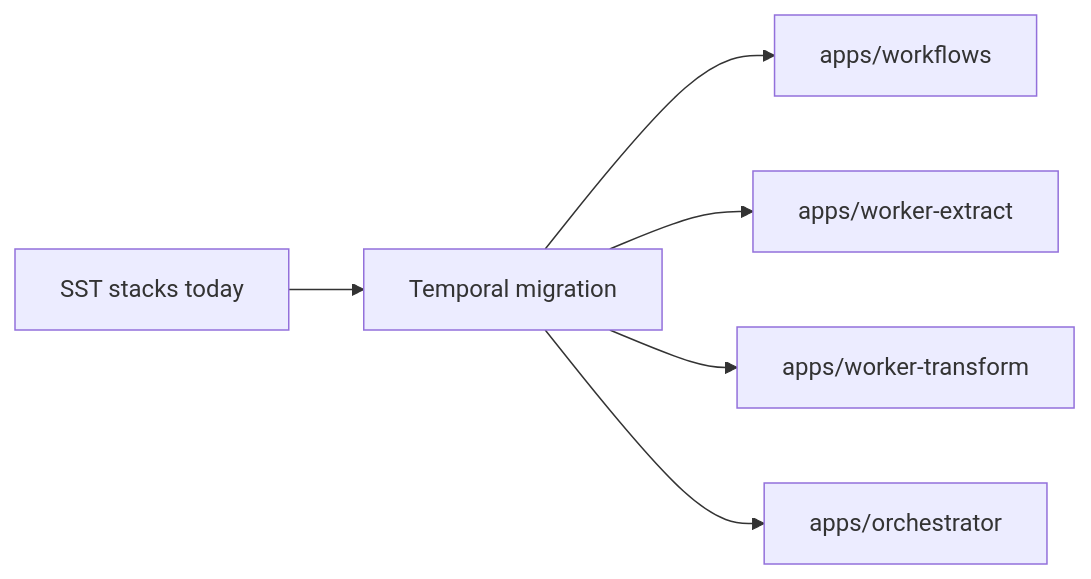
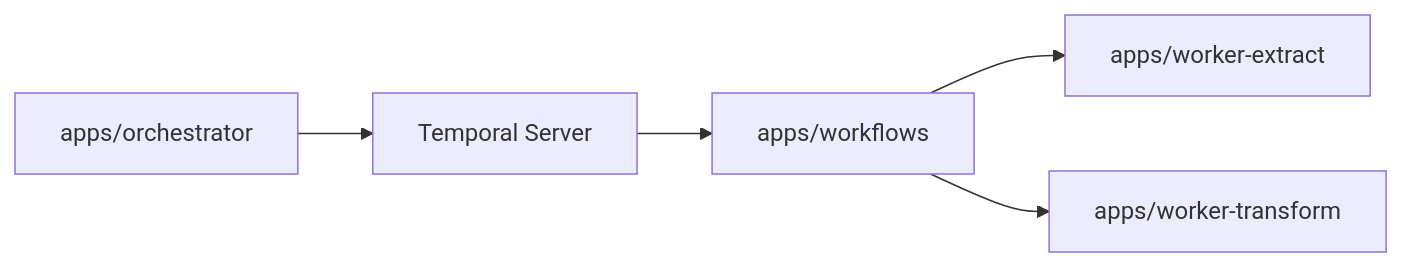
One commit to dxta-dev/pipeline changed the diagram in lode/plans/temporal-migration.md. Above: the diagram before and after it, drawn with Mermaid. The commit also changed other lines of this file and 54 other files, not shown here.

````diff
--- a/lode/plans/temporal-migration.md
+++ b/lode/plans/temporal-migration.md
@@ -77,8 +69,7 @@
 ```mermaid
 flowchart LR
-  sst[SST stacks today] --> plan[Temporal migration]
-  plan --> workflows[apps/workflows]
-  plan --> workerExtract[apps/worker-extract]
-  plan --> workerTransform[apps/worker-transform]
-  plan --> orchestrator[apps/orchestrator]
+  orchestrator[apps/orchestrator] --> temporal[Temporal Server]
+  temporal --> workflows[apps/workflows]
+  workflows --> workerExtract[apps/worker-extract]
+  workflows --> workerTransform[apps/worker-transform]
 ```
````
